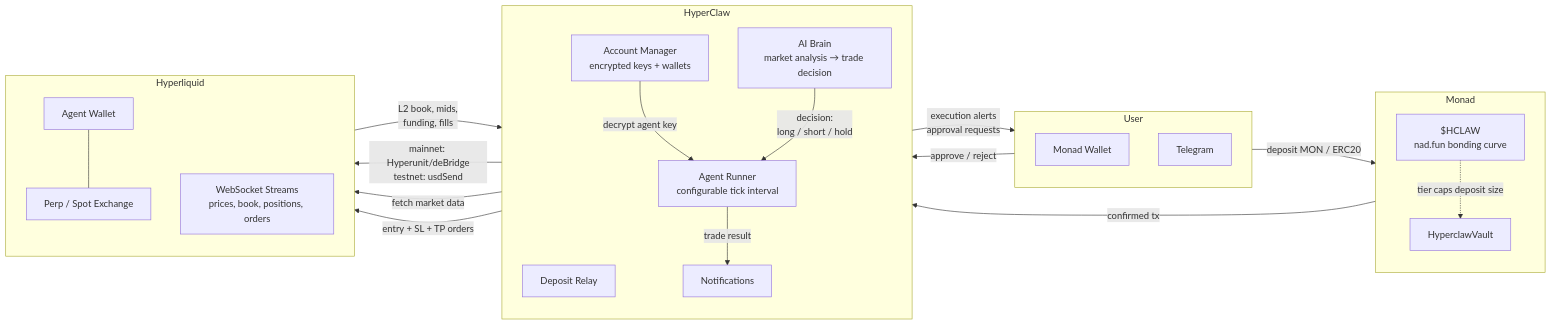
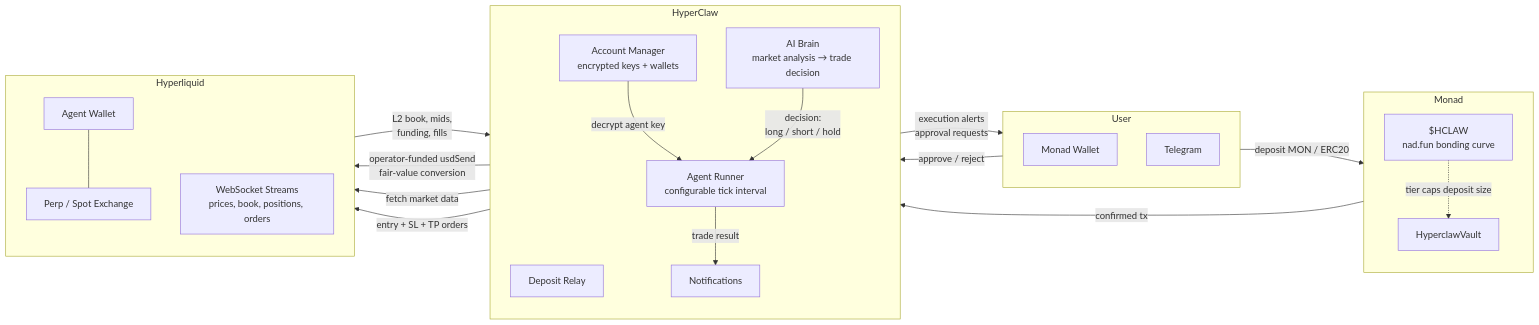
The first of 2 diagrams in README.md (Halo-Labs-xyz/hyperClaw), drawn with Mermaid before and after one commit. The commit also changed other lines of this file and 10 other files, not shown here.

````diff
--- a/README.md
+++ b/README.md
@@ -31,44 +31,44 @@
 ```mermaid
 flowchart LR
     subgraph User["User"]
         direction TB
         Wallet_U["Monad Wallet"]
         TG_User["Telegram"]
     end
 
     subgraph Monad["Monad"]
         direction TB
         Vault["HyperclawVault"]
         Hclaw["$HCLAW<br/>nad.fun bonding curve"]
     end
 
     subgraph Server["HyperClaw"]
         direction TB
         Relay["Deposit Relay"]
         Store["Account Manager<br/>encrypted keys + wallets"]
         Runner["Agent Runner<br/>configurable tick interval"]
         AI["AI Brain<br/>market analysis → trade decision"]
         Notif["Notifications"]
     end
 
     subgraph HL["Hyperliquid"]
         direction TB
         HLWallet["Agent Wallet"]
         Exchange["Perp / Spot Exchange"]
         Stream["WebSocket Streams<br/>prices, book, positions, orders"]
     end
 
     Wallet_U -->|deposit MON / ERC20| Vault
     Hclaw -.->|tier caps deposit size| Vault
     Vault -->|confirmed tx| Relay
-    Relay -->|mainnet: Hyperunit/deBridge<br/>testnet: usdSend| HLWallet
+    Relay -->|operator-funded usdSend<br/>fair-value conversion| HLWallet
     Store -->|decrypt agent key| Runner
     Runner -->|fetch market data| Stream
     Stream -->|L2 book, mids,<br/>funding, fills| AI
     AI -->|decision:<br/>long / short / hold| Runner
     Runner -->|entry + SL + TP orders| Exchange
     HLWallet --- Exchange
     Runner -->|trade result| Notif
     Notif -->|execution alerts<br/>approval requests| TG_User
     TG_User -->|approve / reject| Notif
 ```
````
